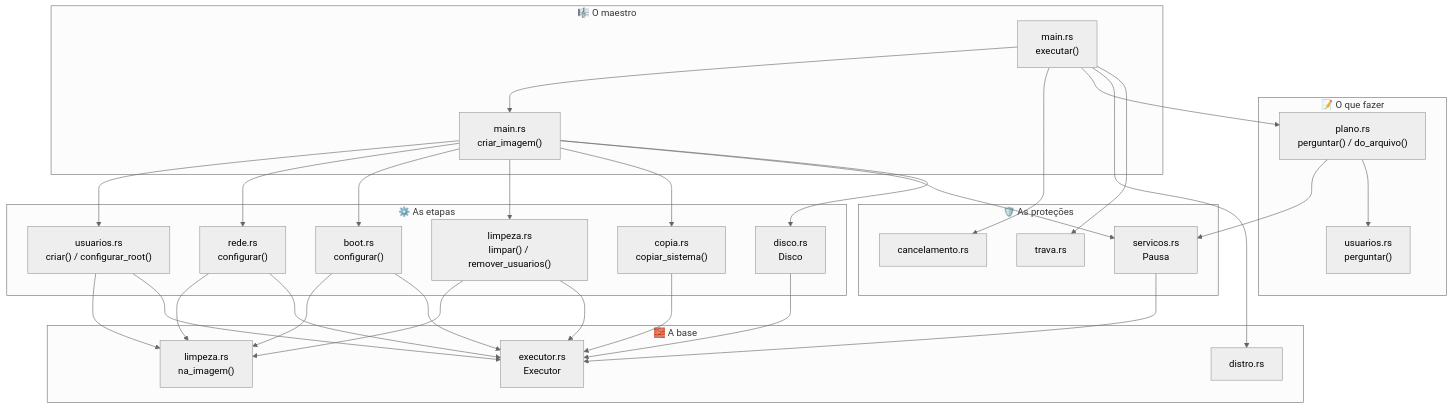
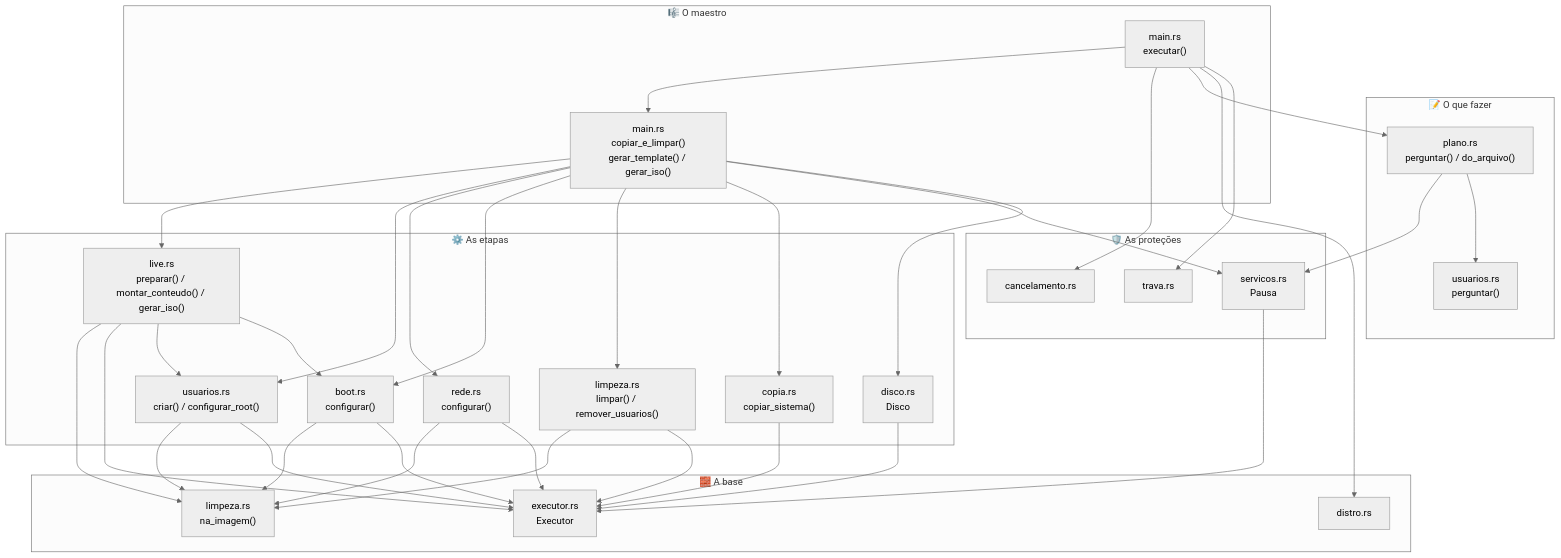
Before and after one commit to Daniel-Pereira-Linux/maloki: the diagram in GUIA-DO-CODIGO.md, drawn with Mermaid (neutral theme). The commit also changed other lines of this file and 26 other files, not shown here.

````diff
--- a/GUIA-DO-CODIGO.md
+++ b/GUIA-DO-CODIGO.md
@@ -122,61 +139,67 @@
 ```mermaid
 flowchart TD
     subgraph entrada["📝 O que fazer"]
         plano["plano.rs<br/>perguntar() / do_arquivo()"]
         usuariosMenu["usuarios.rs<br/>perguntar()"]
     end
 
     subgraph maestro["🎼 O maestro"]
         main["main.rs<br/>executar()"]
-        criar["main.rs<br/>criar_imagem()"]
+        criar["main.rs<br/>copiar_e_limpar()<br/>gerar_template() / gerar_iso()"]
     end
 
     subgraph etapas["⚙️ As etapas"]
         disco["disco.rs<br/>Disco"]
         copia["copia.rs<br/>copiar_sistema()"]
         limpeza["limpeza.rs<br/>limpar() / remover_usuarios()"]
         boot["boot.rs<br/>configurar()"]
         rede["rede.rs<br/>configurar()"]
         usuariosCriar["usuarios.rs<br/>criar() / configurar_root()"]
+        live["live.rs<br/>preparar() / montar_conteudo() / gerar_iso()"]
     end
 
     subgraph protecoes["🛡️ As proteções"]
         trava["trava.rs"]
         cancel["cancelamento.rs"]
         servicos["servicos.rs<br/>Pausa"]
     end
 
     subgraph base["🧱 A base"]
         executor["executor.rs<br/>Executor"]
         distro["distro.rs"]
         naImagem["limpeza.rs<br/>na_imagem()"]
     end
 
     main --> trava
     main --> distro
     main --> plano
     plano --> usuariosMenu
     plano --> servicos
     main --> cancel
     main --> criar
     criar --> disco
     criar --> servicos
     criar --> copia
     criar --> limpeza
     criar --> boot
     criar --> rede
     criar --> usuariosCriar
+    criar --> live
+    live --> boot
+    live --> usuariosCriar
+    live --> executor
+    live --> naImagem
 
     disco --> executor
     copia --> executor
     limpeza --> executor
     boot --> executor
     rede --> executor
     usuariosCriar --> executor
     servicos --> executor
 
     boot --> naImagem
     rede --> naImagem
     usuariosCriar --> naImagem
     limpeza --> naImagem
 ```
````
